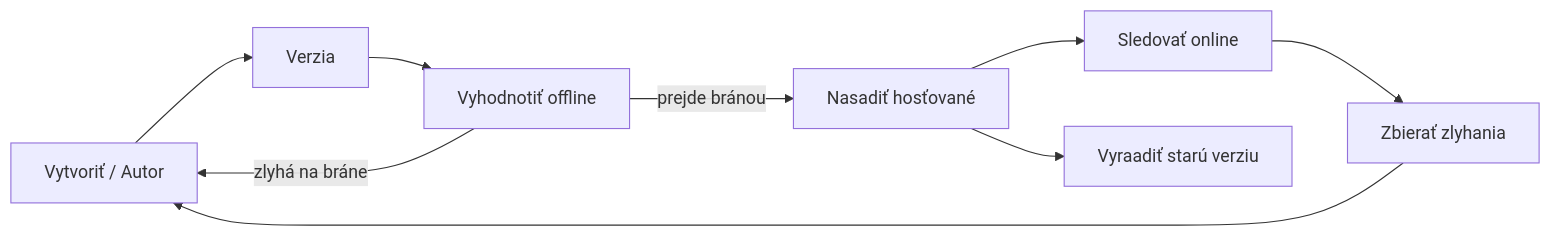
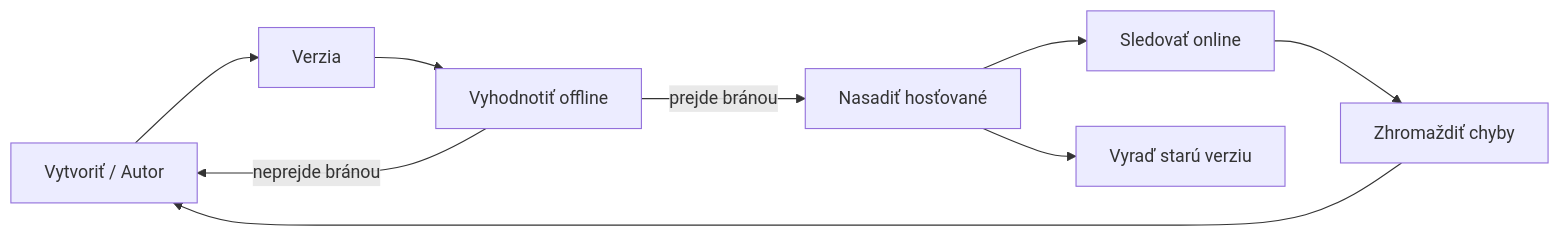
The second of 4 diagrams in translations/sk/16-deploying-scalable-agents/README.md (microsoft/ai-agents-for-beginners), drawn with Mermaid before and after one commit. The commit also changed other lines of this file and 46 other files, not shown here.

````diff
--- a/translations/sk/16-deploying-scalable-agents/README.md
+++ b/translations/sk/16-deploying-scalable-agents/README.md
@@ -108,11 +108,11 @@
 ```mermaid
 flowchart LR
     Create[Vytvoriť / Autor] --> Version[Verzia]
     Version --> Evaluate[Vyhodnotiť offline]
     Evaluate -->|prejde bránou| Deploy[Nasadiť hosťované]
-    Evaluate -->|zlyhá na bráne| Create
+    Evaluate -->|neprejde bránou| Create
     Deploy --> Observe[Sledovať online]
-    Observe --> Improve[Zbierať zlyhania]
+    Observe --> Improve[Zhromaždiť chyby]
     Improve --> Create
-    Deploy --> Retire[Vyraadiť starú verziu]
+    Deploy --> Retire[Vyraď starú verziu]
 ```
````
